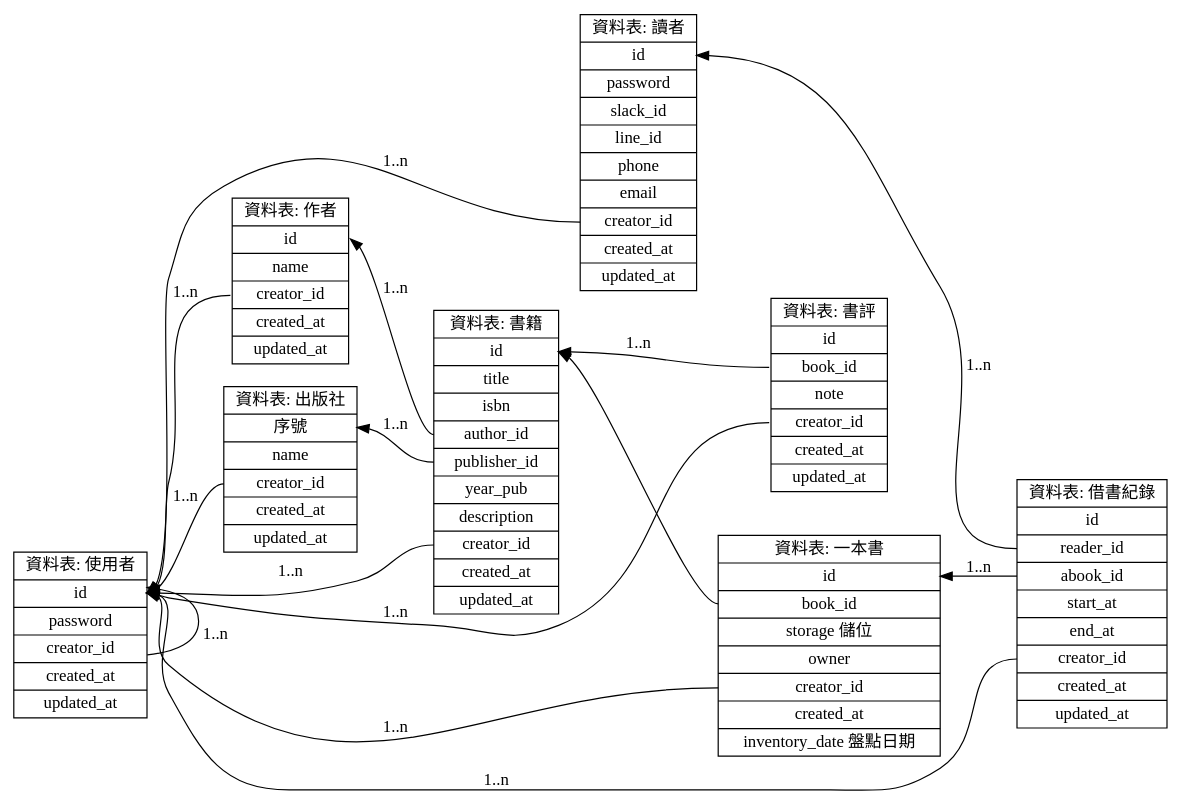
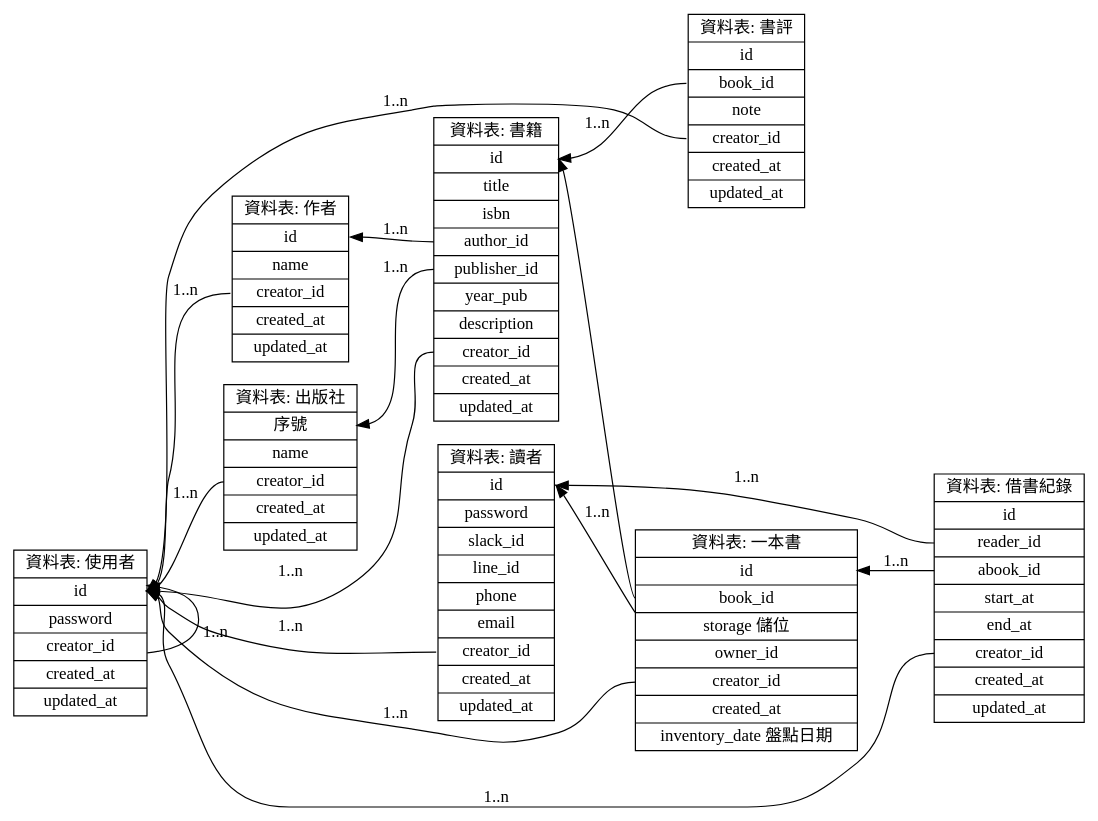
One commit to dwatow/dwatow.github.io changed the diagram in source/_posts/raspberry-pi/create-table.md. Above: the diagram before and after it, drawn with Graphviz.

Commit message:
modify owner -> owner_id ref reader

```diff
--- a/source/_posts/raspberry-pi/create-table.md
+++ b/source/_posts/raspberry-pi/create-table.md
@@ -83,7 +83,7 @@
     <id>id|
     <book_id>book_id|
     storage 儲位|
-    owner|
+    owner_id|
     <creator_id>creator_id|
     created_at|
     inventory_date 盤點日期
@@ -91,6 +91,7 @@
 
   abook:book_id->book:id
   abook:creator_id->user:id [label="1..n"]
+  abook:owner_id->reader:id [label="1..n"]
 
   publisher [label="
     資料表: 出版社|
```
